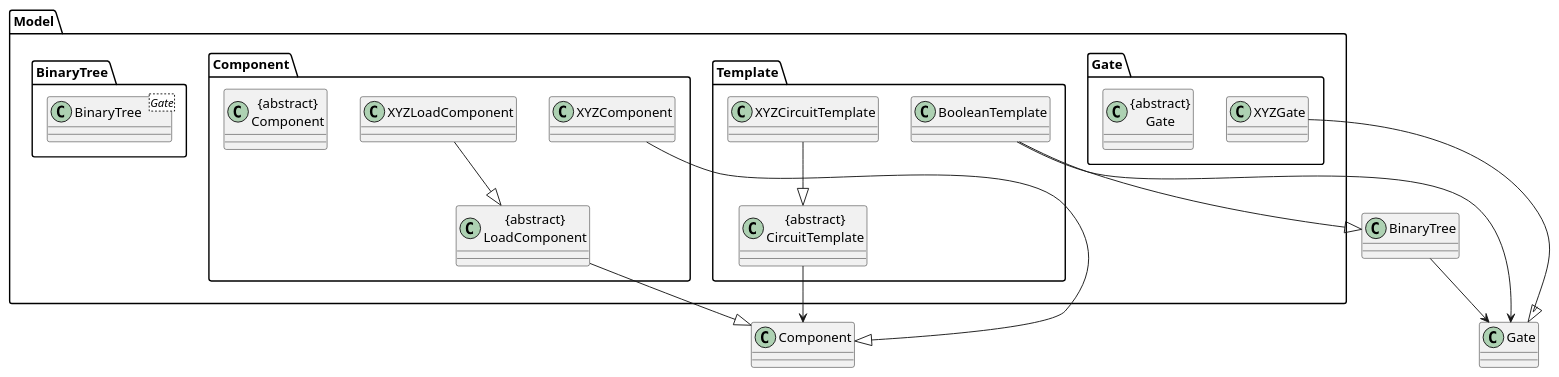
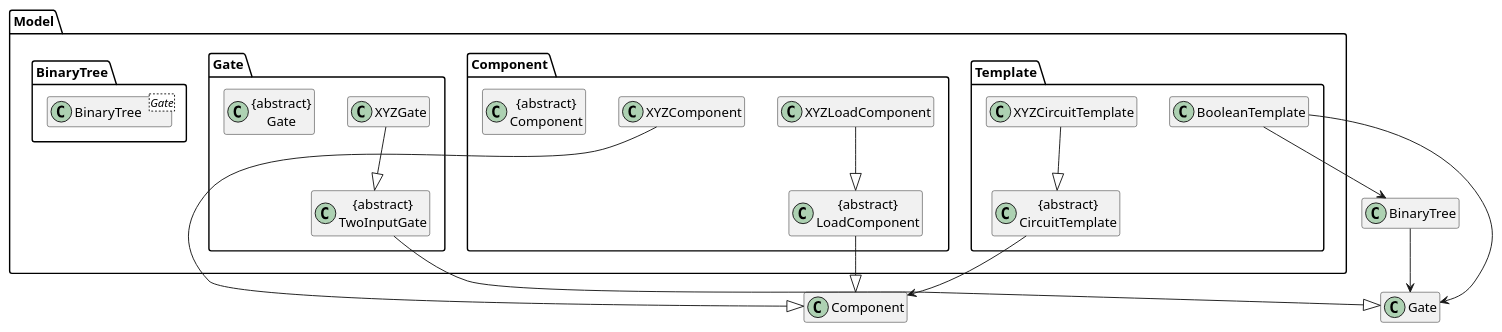
Before and after one commit to sevenseasofbri/tp: the diagram in docs/diagrams/ModelClassDiagram.puml, drawn with PlantUML. The commit also changed 18 other files, not shown here.

Commit message:
Update UML diagrams

```diff
--- a/docs/diagrams/ModelClassDiagram.puml
+++ b/docs/diagrams/ModelClassDiagram.puml
@@ -1,42 +1,46 @@
 @startuml
+
+hide member
 
 package Model {
 package Template {
     Class XYZCircuitTemplate
     Class "{abstract}\nCircuitTemplate" as CircuitTemplate
     Class BooleanTemplate
 }
 
 package Component {
 
     Class XYZComponent
     Class XYZLoadComponent
     Class "{abstract}\nComponent" as Component
     Class "{abstract}\nLoadComponent" as LoadComponent
 
 }
 
 package Gate {
     Class XYZGate
+    Class "{abstract}\nTwoInputGate" as TwoInput
     Class "{abstract}\nGate" as Gate
 }
 
 package BinaryTree {
     Class BinaryTree<Gate>
 }
 }
 
 XYZCircuitTemplate --|> CircuitTemplate
 
 CircuitTemplate --> Component
 LoadComponent --|> Component
 XYZComponent --|> Component
 XYZLoadComponent --|> LoadComponent
 
-BooleanTemplate --|> BinaryTree
+BooleanTemplate --> BinaryTree
 BooleanTemplate --> Gate
 BinaryTree --> Gate
 
-XYZGate --|> Gate
+XYZGate --|> TwoInput
+TwoInput --|> Gate
 
 @enduml
```
